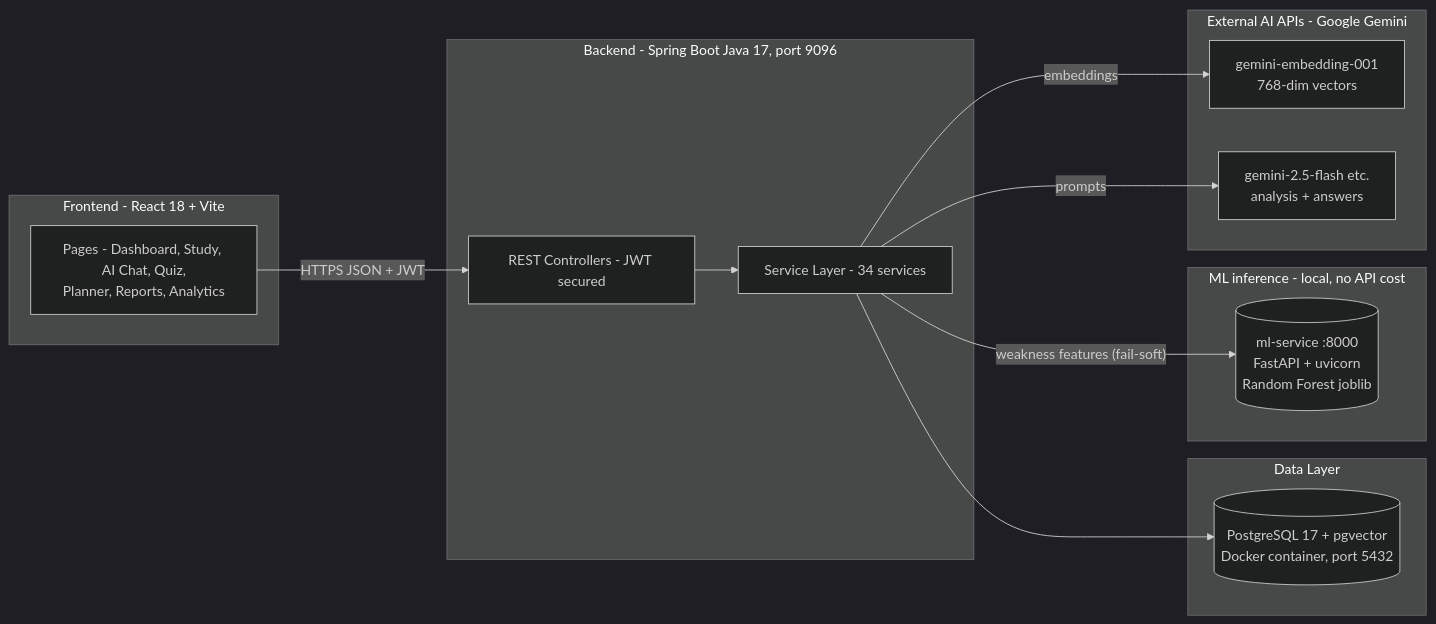
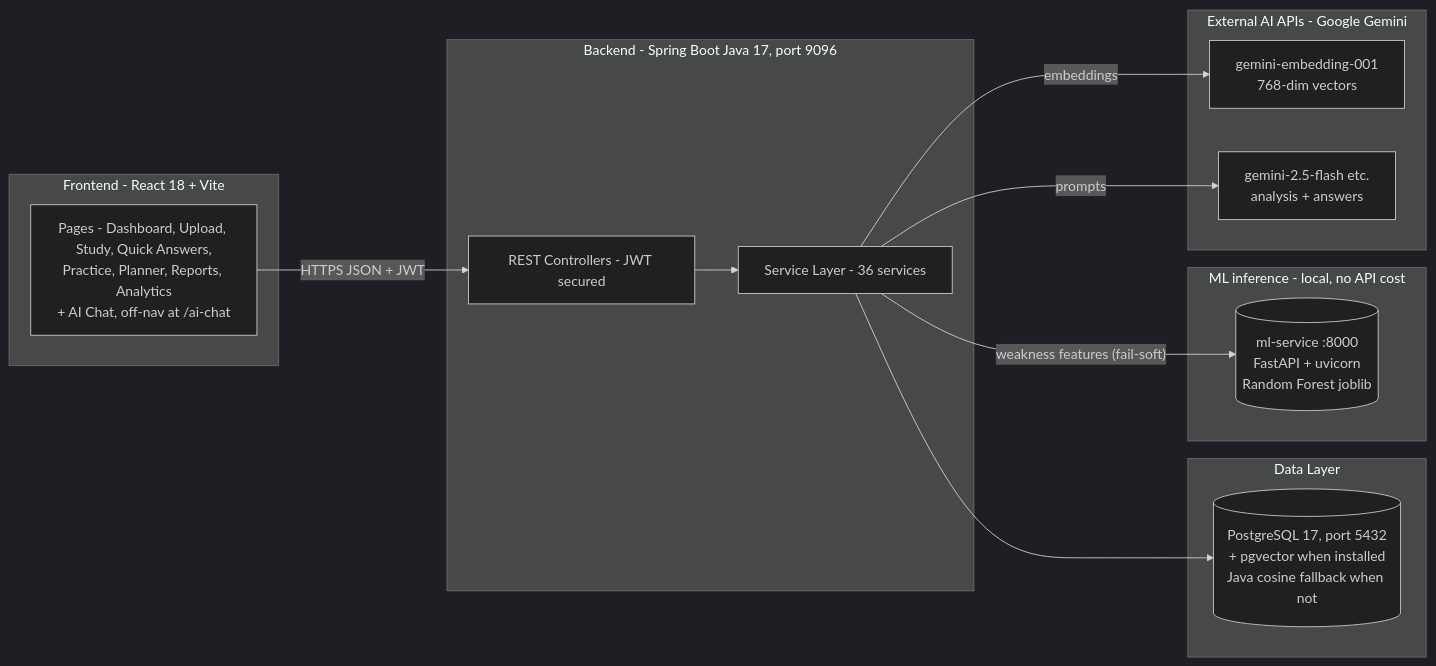
One commit to itsujwal11/aiStudyPlanner changed the first of 5 diagrams in docs/WORKFLOW.md. Above: the diagram before and after it, drawn with Mermaid (dark theme). The commit also changed other lines of this file and 11 other files, not shown here.

Commit message:
architecture modification

````diff
--- a/docs/WORKFLOW.md
+++ b/docs/WORKFLOW.md
@@ -14,30 +14,30 @@
 ```mermaid
 flowchart LR
     subgraph Client["Frontend - React 18 + Vite"]
-        UI[Pages - Dashboard, Study, AI Chat, Quiz,<br/>Planner, Reports, Analytics]
+        UI[Pages - Dashboard, Upload, Study, Quick Answers,<br/>Practice, Planner, Reports, Analytics<br/>+ AI Chat, off-nav at /ai-chat]
     end
 
     subgraph Backend["Backend - Spring Boot Java 17, port 9096"]
         API[REST Controllers - JWT secured]
-        SVC[Service Layer - 34 services]
+        SVC[Service Layer - 36 services]
     end
 
     subgraph Data["Data Layer"]
-        PG[("PostgreSQL 17 + pgvector<br/>Docker container, port 5432")]
+        PG[("PostgreSQL 17, port 5432<br/>+ pgvector when installed<br/>Java cosine fallback when not")]
     end
 
     subgraph ML["ML inference - local, no API cost"]
         RF[("ml-service :8000<br/>FastAPI + uvicorn<br/>Random Forest joblib")]
     end
 
     subgraph External["External AI APIs - Google Gemini"]
         EMB[gemini-embedding-001<br/>768-dim vectors]
         LLM[gemini-2.5-flash etc.<br/>analysis + answers]
     end
 
     UI -->|HTTPS JSON + JWT| API
     API --> SVC --> PG
     SVC -->|"weakness features (fail-soft)"| RF
     SVC -->|embeddings| EMB
     SVC -->|prompts| LLM
 ```
````
